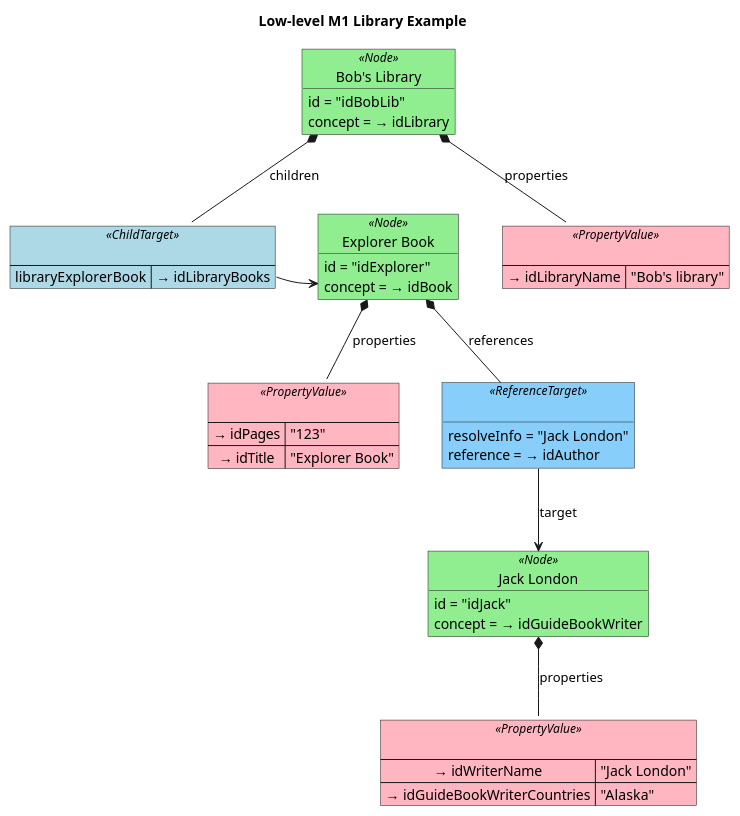
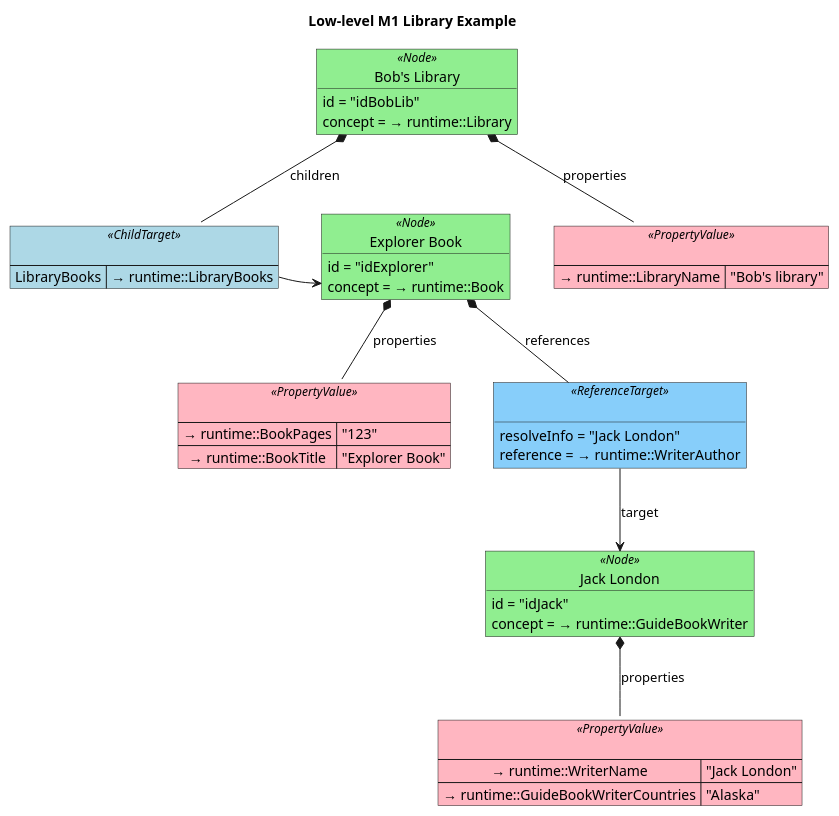
One commit to LionWeb-io/specification changed the diagram in lioncore/library-example/lowlevel-library-m1.puml. Above: the diagram before and after it, drawn with PlantUML. The commit also changed 2 other files, not shown here.

Commit message:
added runtime M2 for library example

```diff
--- a/lioncore/library-example/lowlevel-library-m1.puml
+++ b/lioncore/library-example/lowlevel-library-m1.puml
@@ -1,65 +1,65 @@
 @startuml
 ' Library
 
 title Low-level M1 Library Example
 
 skinparam object {
     BackgroundColor<<Node>> LightGreen
     BackgroundColor<<ReferenceTarget>> LightSkyBlue
 }
 skinparam map {
     BackgroundColor<<PropertyValue>> LightPink
     BackgroundColor<<ChildTarget>> LightBlue
 }
 
 object "Bob's Library" as library<<Node>> {
     id = "idBobLib"
-    concept = → idLibrary
+    concept = → runtime::Library
 }
 
 map " " as libraryProperties<<PropertyValue>> {
-    → idLibraryName => "Bob's library"
+    → runtime::LibraryName => "Bob's library"
 }
 library *-- libraryProperties: properties
 
 ' Explorer book
 
 object "Explorer Book" as explorerBook<<Node>> {
     id = "idExplorer"
-    concept = → idBook
+    concept = → runtime::Book
 }
 
 map " " as explorerBookProperties<<PropertyValue>> {
-    → idPages => "123"
-    → idTitle => "Explorer Book"
+    → runtime::BookPages => "123"
+    → runtime::BookTitle => "Explorer Book"
 }
 explorerBook *-- explorerBookProperties: properties
 
 map " " as libraryChildren<<ChildTarget>> {
-    libraryExplorerBook => → idLibraryBooks
+    LibraryBooks => → runtime::LibraryBooks
 }
 library *-- libraryChildren: children
-libraryChildren::libraryExplorerBook -> explorerBook
+libraryChildren::LibraryBooks -> explorerBook
 
 
 object " " as explorerBookAuthor<<ReferenceTarget>> {
     resolveInfo = "Jack London"
-    reference = → idAuthor
+    reference = → runtime::WriterAuthor
 }
 explorerBook *-- explorerBookAuthor: references
 
 ' Jack London
 object "Jack London" as jackLondon<<Node>> {
     id = "idJack"
-    concept = → idGuideBookWriter
+    concept = → runtime::GuideBookWriter
 }
 
 map " " as jackLondonProperties<<PropertyValue>> {
-    → idWriterName => "Jack London"
-    → idGuideBookWriterCountries => "Alaska"
+    → runtime::WriterName => "Jack London"
+    → runtime::GuideBookWriterCountries => "Alaska"
 }
 jackLondon *-- jackLondonProperties: properties
 
 explorerBookAuthor --> jackLondon: target
 
 @enduml
```
